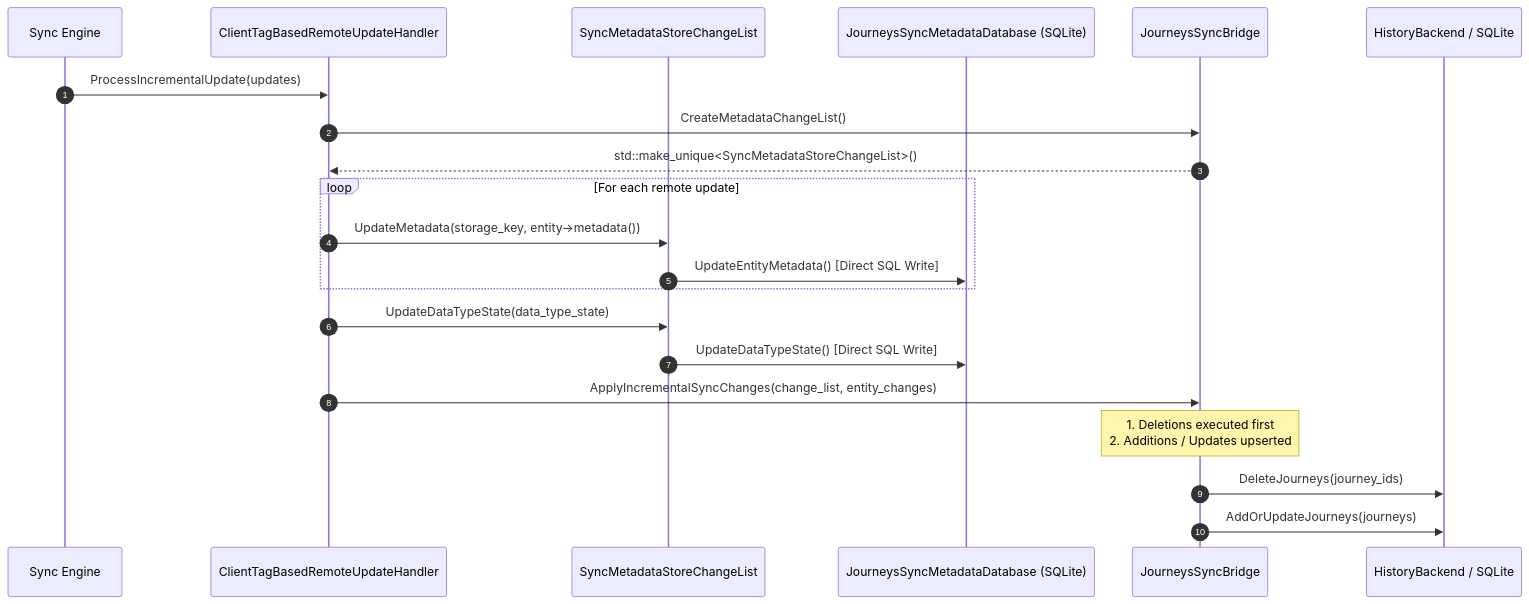
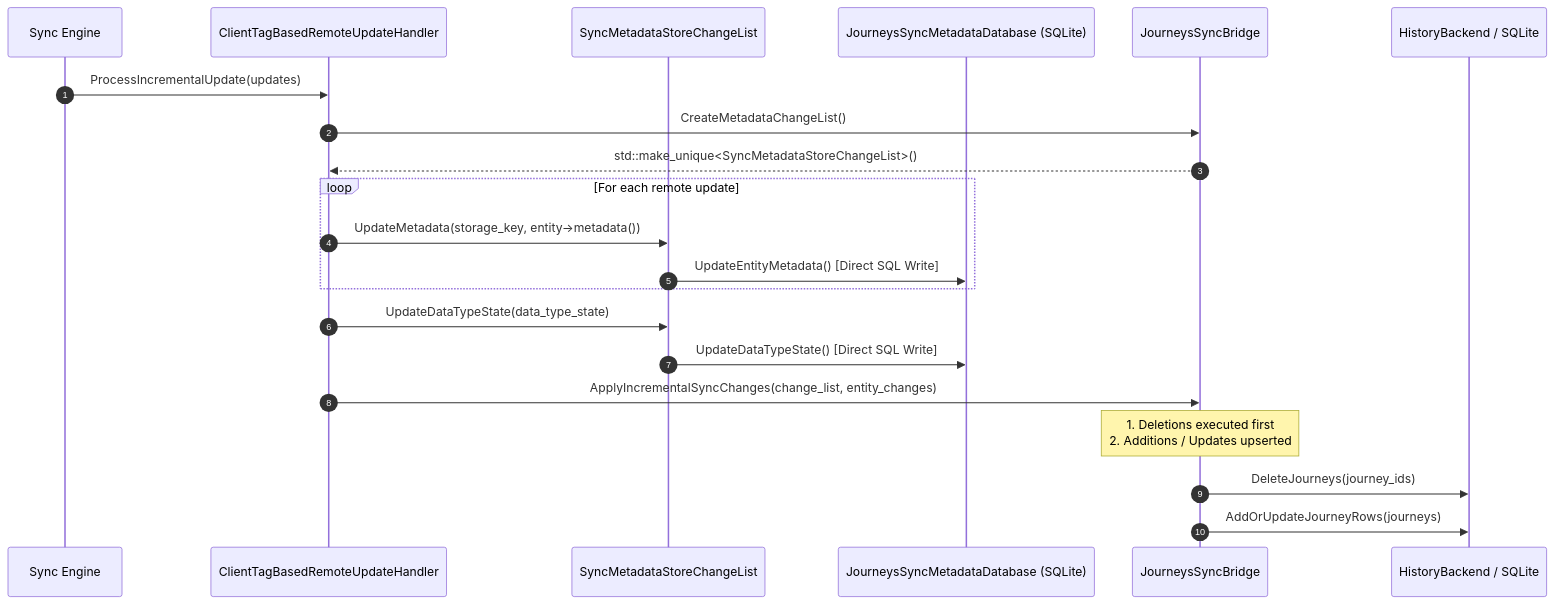
Before and after one commit to benji-cannot-code/fast-vc-chromium-benchmark-run-4: the second of 2 diagrams in components/history/core/browser/journeys/README.md, drawn with Mermaid. The commit also changed other lines of this file and 6 other files, not shown here.

First line of the commit message:
[Journeys] Rename Journey to JourneyRows for sync backend functions

````diff
--- a/components/history/core/browser/journeys/README.md
+++ b/components/history/core/browser/journeys/README.md
@@ -45,26 +45,26 @@
 ```mermaid
 sequenceDiagram
   autonumber
   participant Engine as Sync Engine
   participant Handler as ClientTagBasedRemoteUpdateHandler
   participant ChangeList as SyncMetadataStoreChangeList
   participant MetaDB as JourneysSyncMetadataDatabase (SQLite)
   participant Bridge as JourneysSyncBridge
   participant Backend as HistoryBackend / SQLite
 
   Engine->>Handler: ProcessIncrementalUpdate(updates)
   Handler->>Bridge: CreateMetadataChangeList()
   Bridge-->>Handler: std::make_unique<SyncMetadataStoreChangeList>()
 
   loop For each remote update
     Handler->>ChangeList: UpdateMetadata(storage_key, entity->metadata())
     ChangeList->>MetaDB: UpdateEntityMetadata() [Direct SQL Write]
   end
   Handler->>ChangeList: UpdateDataTypeState(data_type_state)
   ChangeList->>MetaDB: UpdateDataTypeState() [Direct SQL Write]
 
   Handler->>Bridge: ApplyIncrementalSyncChanges(change_list, entity_changes)
   Note over Bridge: 1. Deletions executed first<br/>2. Additions / Updates upserted
   Bridge->>Backend: DeleteJourneys(journey_ids)
-  Bridge->>Backend: AddOrUpdateJourneys(journeys)
+  Bridge->>Backend: AddOrUpdateJourneyRows(journeys)
 ```
````
